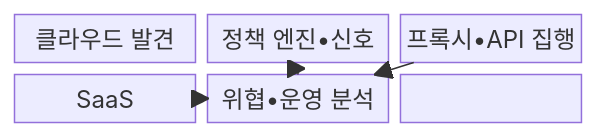
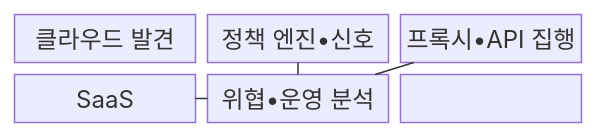
The first of 2 diagrams in src/content/docs/notes/05-security/072_casb.md (agnusdei1207/knowledge-base), drawn with Mermaid before and after one commit. The commit also changed other lines of this file and 493 other files, not shown here.

````diff
--- a/src/content/docs/notes/05-security/072_casb.md
+++ b/src/content/docs/notes/05-security/072_casb.md
@@ -63,13 +63,13 @@
 ```mermaid
 block-beta
   columns 3
   A["클라우드 발견"]
   B["정책 엔진•신호"]
   C["프록시•API 집행"]
   D["SaaS"]
   E["위협•운영 분석"]
-  A --> B --> C --> D
-  E --> B
-  C --> E
-  D --> E
+  A --- B --- C --- D
+  E --- B
+  C --- E
+  D --- E
 ```
````
